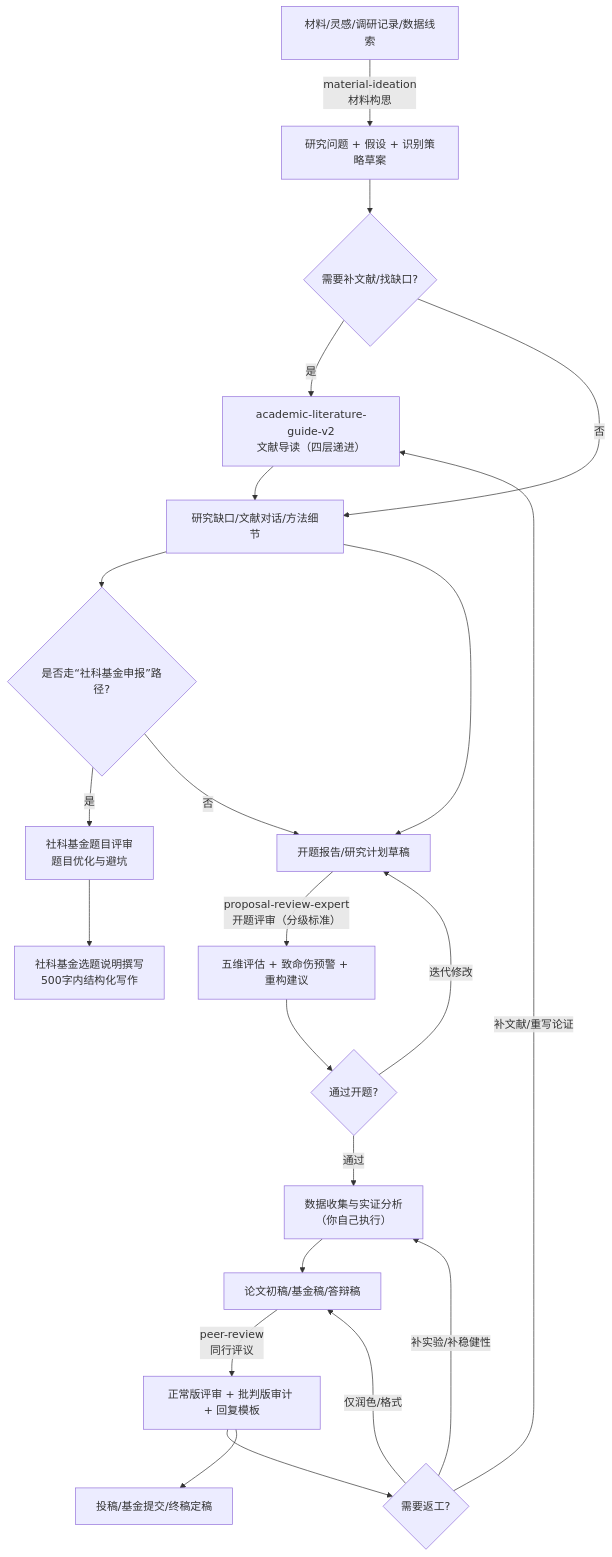
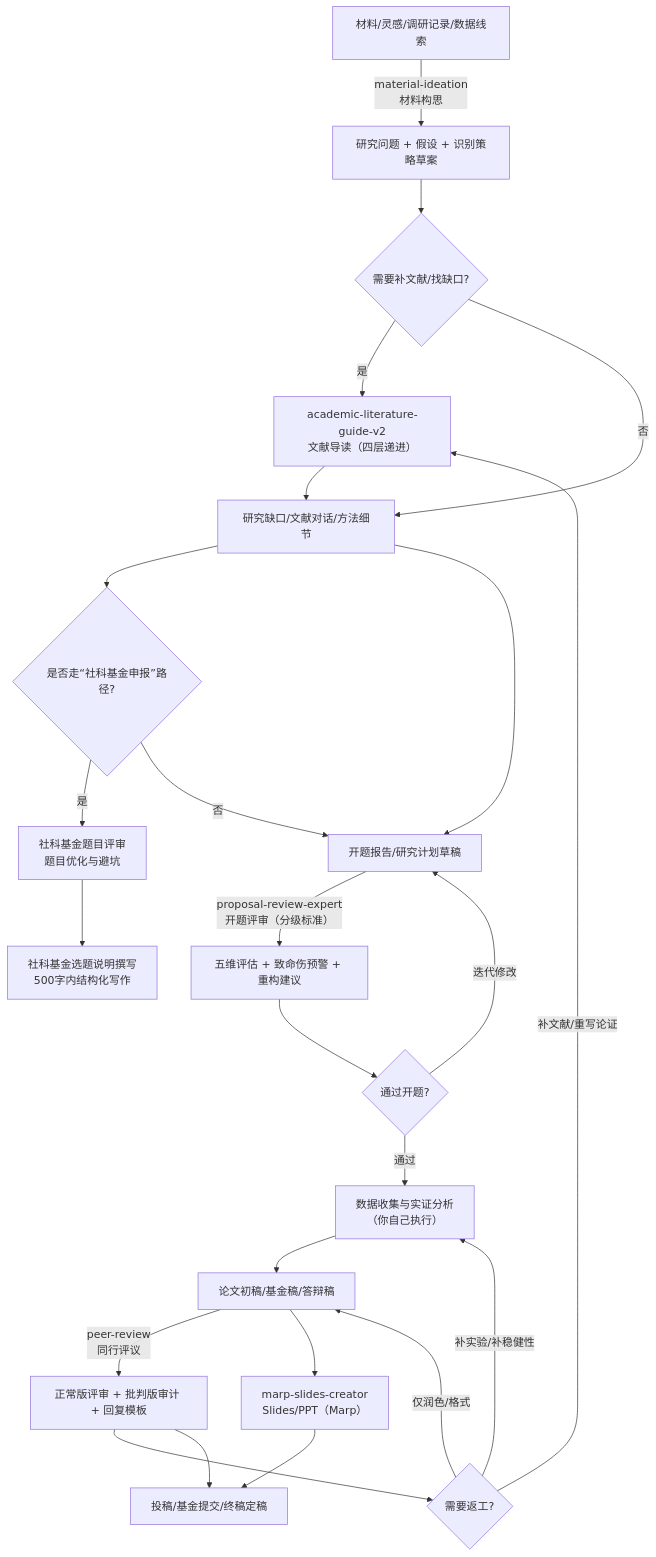
One commit to jefeerzhang/myskill changed the diagram in README.md. Above: the diagram before and after it, drawn with Mermaid. The commit also changed other lines of this file, not shown here.

First line of the commit message:
docs: 更新README以添加marp-slides-creator技能

````diff
--- a/README.md
+++ b/README.md
@@ -27,29 +28,31 @@
 ```mermaid
 flowchart TD
   A[材料/灵感/调研记录/数据线索] -->|material-ideation\n材料构思| B[研究问题 + 假设 + 识别策略草案]
 
   B --> C{需要补文献/找缺口?}
   C -->|是| D[academic-literature-guide-v2\n文献导读（四层递进）]
   D --> E[研究缺口/文献对话/方法细节]
   C -->|否| E
 
   E --> S{是否走“社科基金申报”路径?}
   S -->|是| T[社科基金题目评审\n题目优化与避坑]
   T --> U[社科基金选题说明撰写\n500字内结构化写作]
   S -->|否| F
 
   E --> F[开题报告/研究计划草稿]
   F -->|proposal-review-expert\n开题评审（分级标准）| G[五维评估 + 致命伤预警 + 重构建议]
   G --> H{通过开题?}
   H -->|迭代修改| F
   H -->|通过| I[数据收集与实证分析\n（你自己执行）]
 
   I --> J[论文初稿/基金稿/答辩稿]
   J -->|peer-review\n同行评议| K[正常版评审 + 批判版审计 + 回复模板]
   K --> L{需要返工?}
   L -->|补实验/补稳健性| I
   L -->|补文献/重写论证| D
   L -->|仅润色/格式| J
 
+  J --> R[marp-slides-creator\nSlides/PPT（Marp）]
+  R --> M
   K --> M[投稿/基金提交/终稿定稿]
 ```
````
